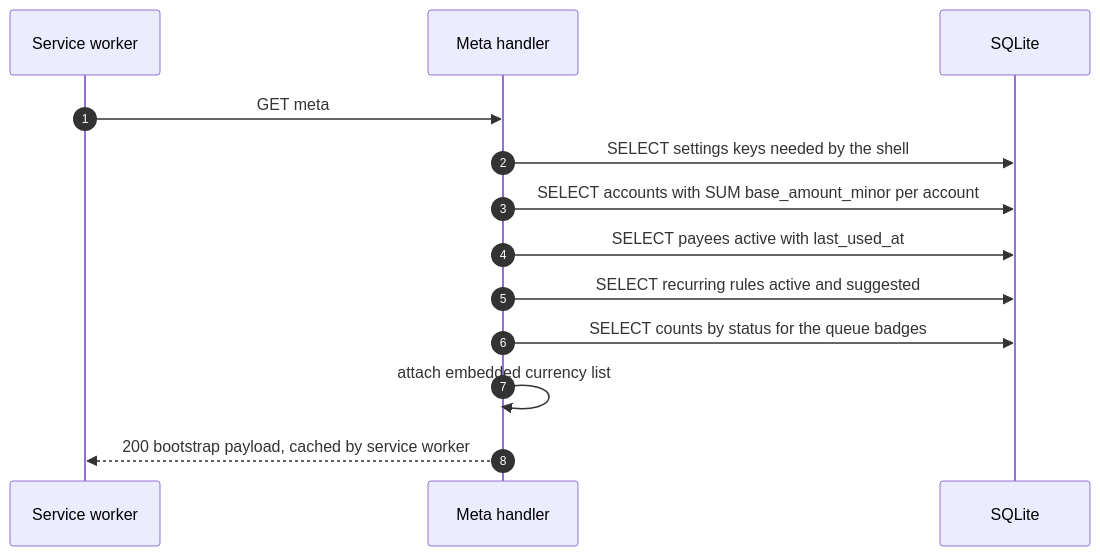
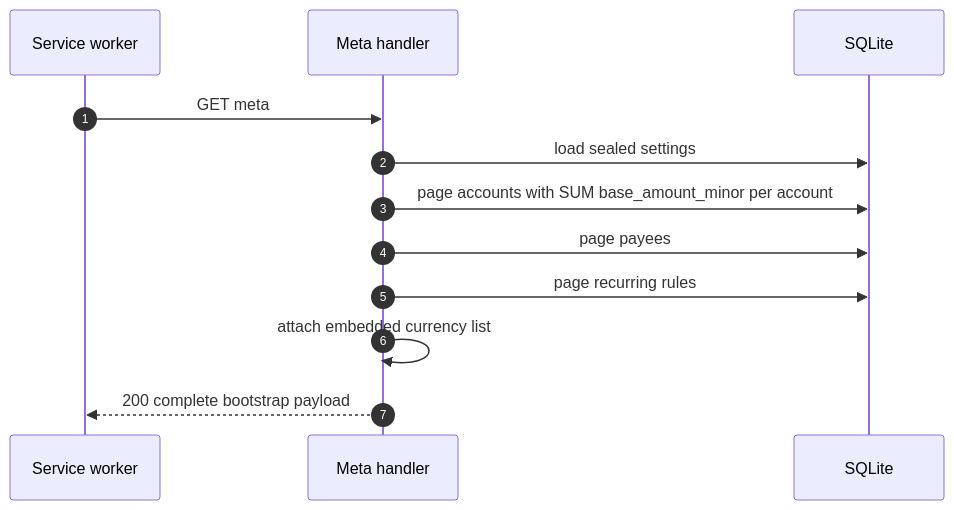
Before and after one commit to dimasbaguspm/spenicle: the second of 20 diagrams in docs/v2-api.md, drawn with Mermaid. The commit also changed other lines of this file and 21 other files, not shown here.

Commit message:
feat: return the complete shell bootstrap from meta

````diff
--- a/docs/v2-api.md
+++ b/docs/v2-api.md
@@ -673,15 +690,14 @@
 ```mermaid
 sequenceDiagram
     autonumber
     participant SW as Service worker
     participant API as Meta handler
     participant DB as SQLite
     SW->>API: GET meta
-    API->>DB: SELECT settings keys needed by the shell
-    API->>DB: SELECT accounts with SUM base_amount_minor per account
-    API->>DB: SELECT payees active with last_used_at
-    API->>DB: SELECT recurring rules active and suggested
-    API->>DB: SELECT counts by status for the queue badges
+    API->>DB: load sealed settings
+    API->>DB: page accounts with SUM base_amount_minor per account
+    API->>DB: page payees
+    API->>DB: page recurring rules
     API->>API: attach embedded currency list
-    API-->>SW: 200 bootstrap payload, cached by service worker
+    API-->>SW: 200 complete bootstrap payload
 ```
````
